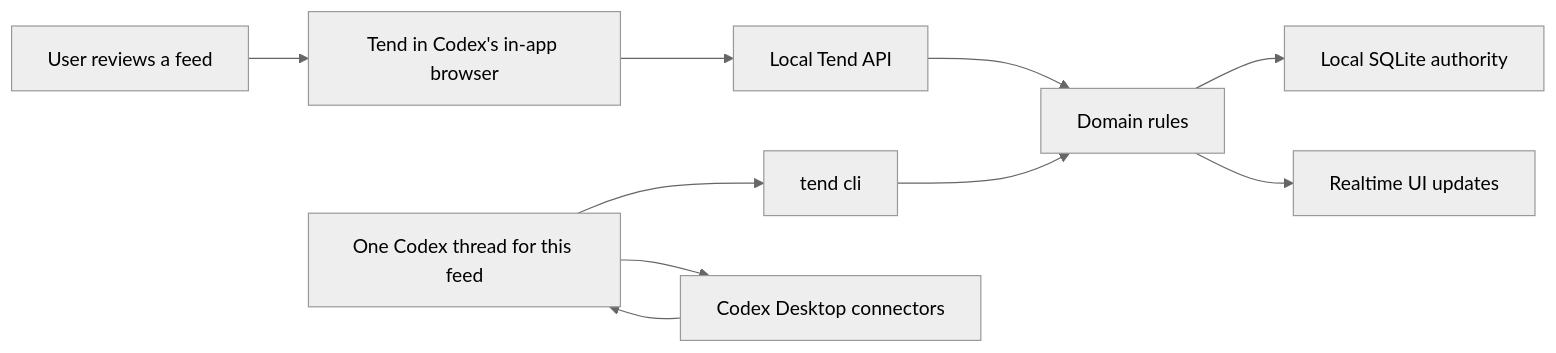
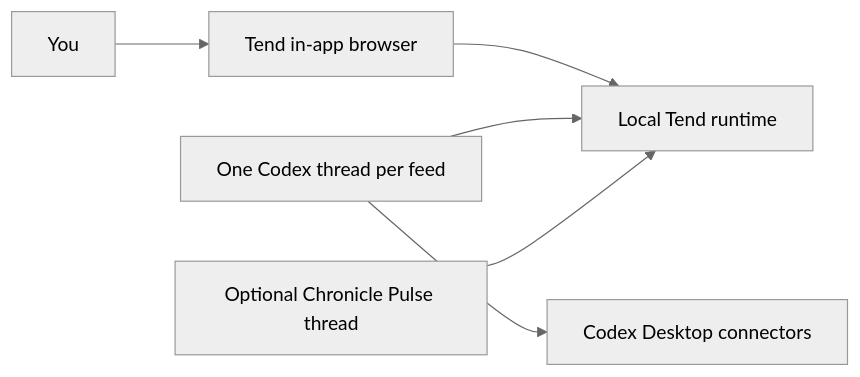
The second of 2 diagrams in README.md (EveryInc/tend), drawn with Mermaid (neutral theme) before and after one commit. The commit also changed other lines of this file and 29 other files, not shown here.

First line of the commit message:
feat(cli): unify Tend command and onboarding

````diff
--- a/README.md
+++ b/README.md
@@ -22,12 +51,8 @@
 ```mermaid
 flowchart LR
-  User["User reviews a feed"] --> UI["Tend in Codex's in-app browser"]
-  UI --> API["Local Tend API"]
-  API --> Domain["Domain rules"]
-  Domain --> DB["Local SQLite authority"]
-  Domain --> Events["Realtime UI updates"]
-  Thread["One Codex thread for this feed"] --> CLI["tend cli"]
-  CLI --> Domain
-  Thread --> Connectors["Codex Desktop connectors"]
-  Connectors --> Thread
+  User["You"] --> UI["Tend in-app browser"]
+  UI --> Local["Local Tend runtime"]
+  FeedThread["One Codex thread per feed"] --> Local
+  FeedThread --> Connectors["Codex Desktop connectors"]
+  Pulse["Optional Chronicle Pulse thread"] --> Local
 ```
````
